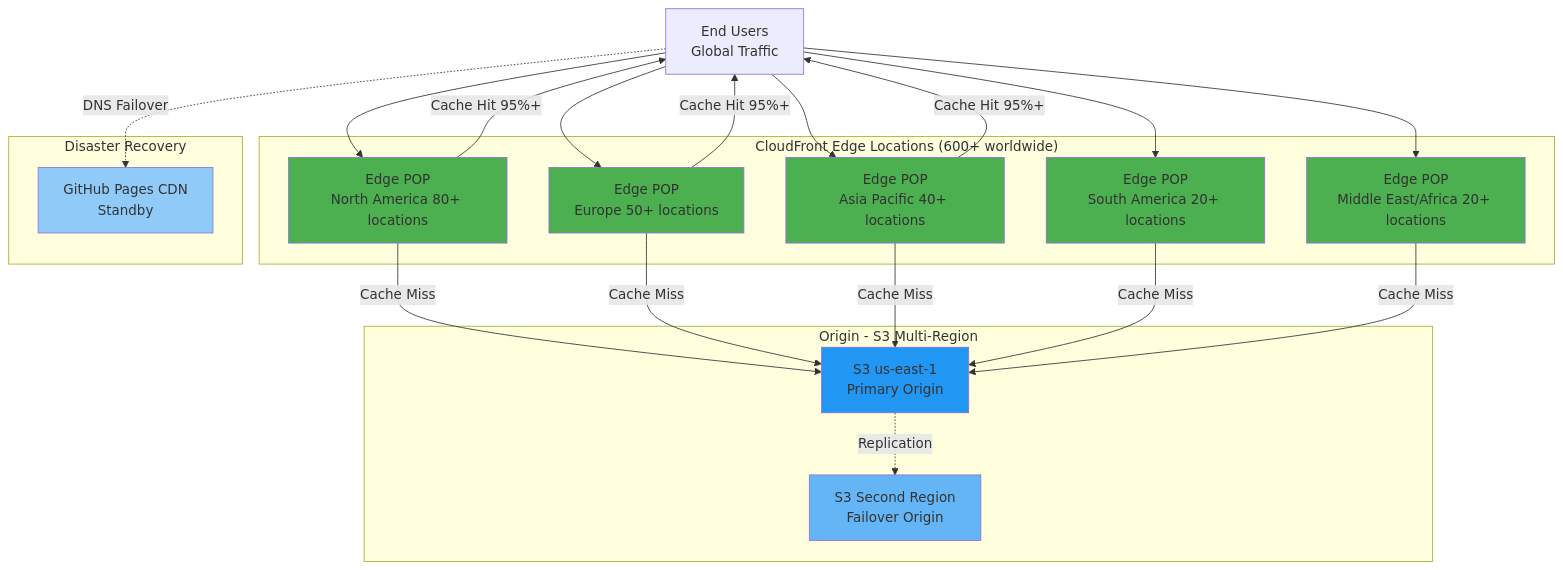
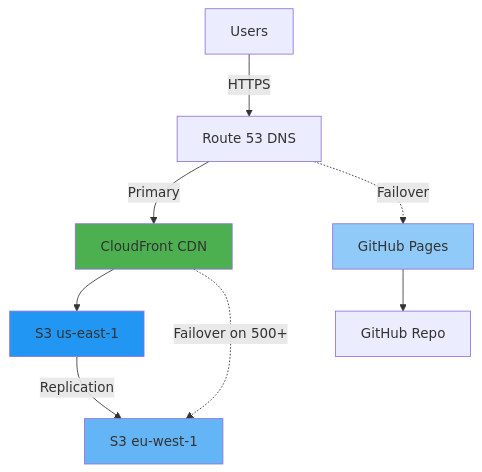
Before and after one commit to Hack23/riksdagsmonitor: the diagram in ARCHITECTURE.md, drawn with Mermaid. The commit also changed other lines of this file and 3 other files, not shown here.

````diff
--- a/ARCHITECTURE.md
+++ b/ARCHITECTURE.md
@@ -446,50 +12,17 @@
 ```mermaid
 graph TB
-    Users[End Users<br/>Global Traffic]
+    Users[Users] -->|HTTPS| Route53[Route 53 DNS]
+    Route53 -->|Primary| CF[CloudFront CDN]
+    Route53 -.->|Failover| GH[GitHub Pages]
     
-    subgraph "CloudFront Edge Locations (600+ worldwide)"
-        Edge1[Edge POP<br/>North America 80+ locations]
-        Edge2[Edge POP<br/>Europe 50+ locations]
-        Edge3[Edge POP<br/>Asia Pacific 40+ locations]
-        Edge4[Edge POP<br/>South America 20+ locations]
-        Edge5[Edge POP<br/>Middle East/Africa 20+ locations]
-    end
+    CF --> S3US[S3 us-east-1]
+    CF -.->|Failover on 500+| S3EU[S3 eu-west-1]
+    S3US -->|Replication| S3EU
     
-    subgraph "Origin - S3 Multi-Region"
-        S3Primary[S3 us-east-1<br/>Primary Origin]
-        S3Secondary[S3 Second Region<br/>Failover Origin]
-    end
+    GH --> Repo[GitHub Repo]
     
-    subgraph "Disaster Recovery"
-        GHCDN[GitHub Pages CDN<br/>Standby]
-    end
-    
-    Users --> Edge1
-    Users --> Edge2
-    Users --> Edge3
-    Users --> Edge4
-    Users --> Edge5
-    
-    Edge1 -->|Cache Miss| S3Primary
-    Edge2 -->|Cache Miss| S3Primary
-    Edge3 -->|Cache Miss| S3Primary
-    Edge4 -->|Cache Miss| S3Primary
-    Edge5 -->|Cache Miss| S3Primary
-    
-    S3Primary -.->|Replication| S3Secondary
-    
-    Edge1 -->|Cache Hit 95%+| Users
-    Edge2 -->|Cache Hit 95%+| Users
-    Edge3 -->|Cache Hit 95%+| Users
-    
-    Users -.->|DNS Failover| GHCDN
-    
-    style S3Primary fill:#2196f3
-    style S3Secondary fill:#64b5f6
-    style Edge1 fill:#4caf50
-    style Edge2 fill:#4caf50
-    style Edge3 fill:#4caf50
-    style Edge4 fill:#4caf50
-    style Edge5 fill:#4caf50
-    style GHCDN fill:#90caf9
+    style CF fill:#4caf50
+    style S3US fill:#2196f3
+    style S3EU fill:#64b5f6
+    style GH fill:#90caf9
 ```
````
